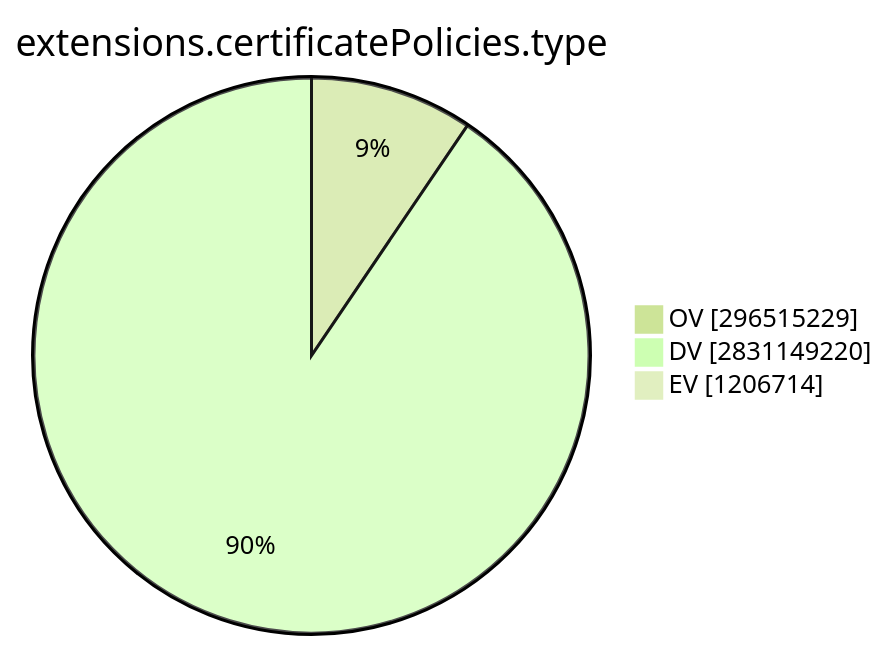
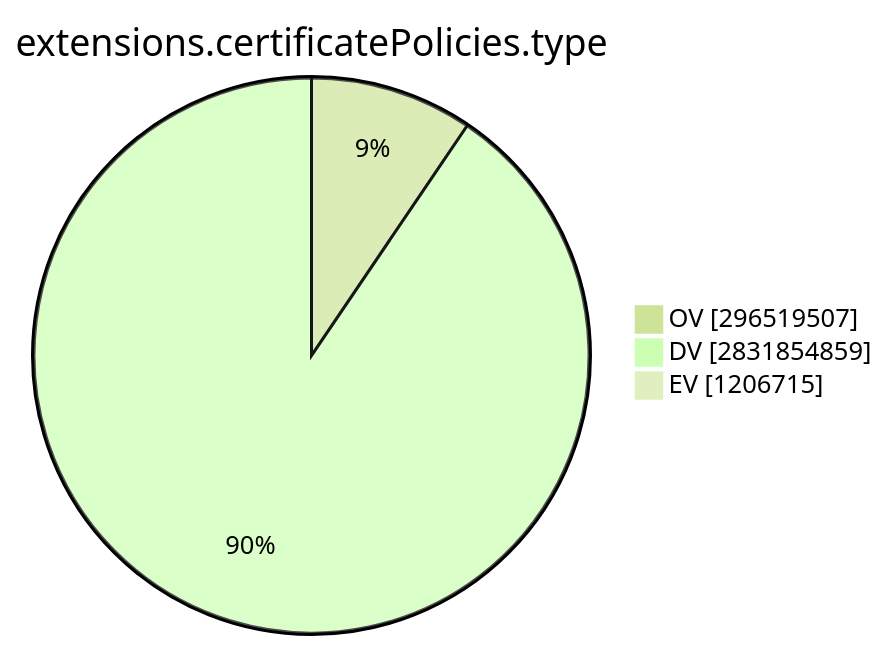
One commit to christiankrug/ctmonitor_visualization changed the ninth of 15 diagrams in TOTAL/README.md. Above: the diagram before and after it, drawn with Mermaid (forest theme). The commit also changed other lines of this file, not shown here.

````diff
--- a/TOTAL/README.md
+++ b/TOTAL/README.md
@@ -3099,7 +3099,7 @@
 ```mermaid
 pie showData
 title extensions.certificatePolicies.type
-"OV" :296515229
-"DV" :2831149220
-"EV" :1206714
+"OV" :296519507
+"DV" :2831854859
+"EV" :1206715
 ```
````
